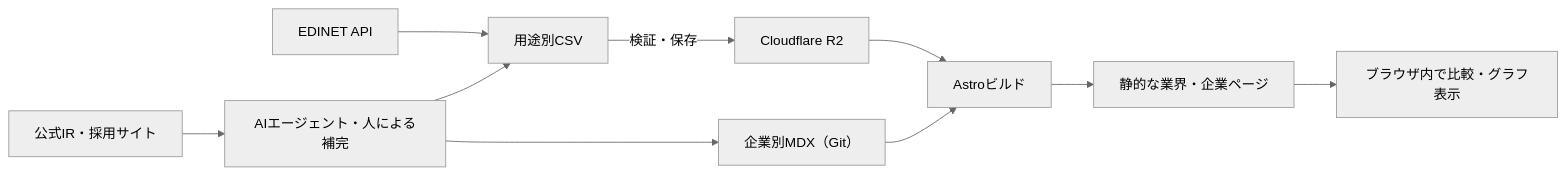
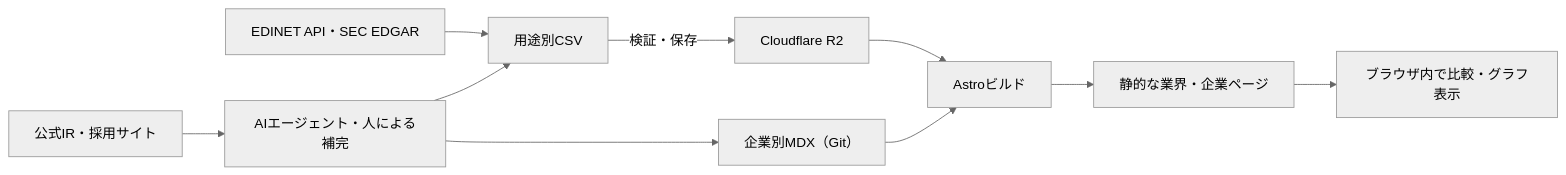
The second of 3 diagrams in README.md (BIG-A-K/it-recruit-analysis), drawn with Mermaid (neutral theme) before and after one commit. The commit also changed other lines of this file and 12 other files, not shown here.

````diff
--- a/README.md
+++ b/README.md
@@ -177,22 +177,22 @@
 ```mermaid
 flowchart LR
-    A["EDINET API"]
+    A["EDINET API・SEC EDGAR"]
     B["公式IR・採用サイト"]
     C["AIエージェント・人による補完"]
     D["用途別CSV"]
     E["Cloudflare R2"]
     F["Astroビルド"]
     G["静的な業界・企業ページ"]
     H["ブラウザ内で比較・グラフ表示"]
     I["企業別MDX（Git）"]
 
     A --> D
     B --> C
     C --> D
     C --> I
     D -->|"検証・保存"| E
     E --> F
     I --> F
     F --> G
     G --> H
 ```
````
